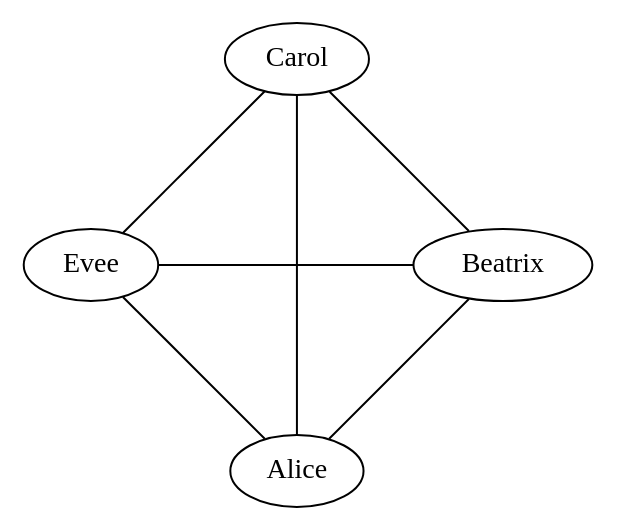
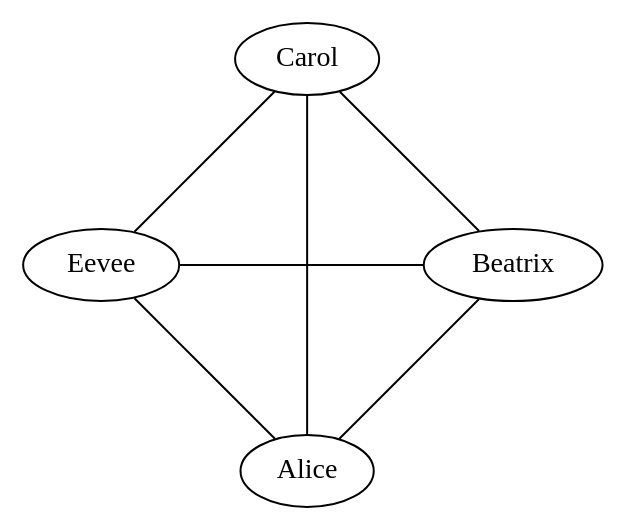
Before and after one commit to Elipsis/polycule-grapher: the diagram in DOT/Sample Lesbian Quad.dot, drawn with Graphviz.

Commit message:
More Es for eevee (in order to retest the render)

```diff
--- a/DOT/Sample Lesbian Quad.dot
+++ b/DOT/Sample Lesbian Quad.dot
@@ -1,10 +1,10 @@
 graph SampleLesbianQuad {
     layout=circo
 
 	Alice -- Beatrix
 	Alice -- Carol
-	Alice -- Evee
-	Beatrix -- Evee
+	Alice -- Eevee
+	Beatrix -- Eevee
 	Beatrix -- Carol
-	Carol -- Evee
+	Carol -- Eevee
 }
```
